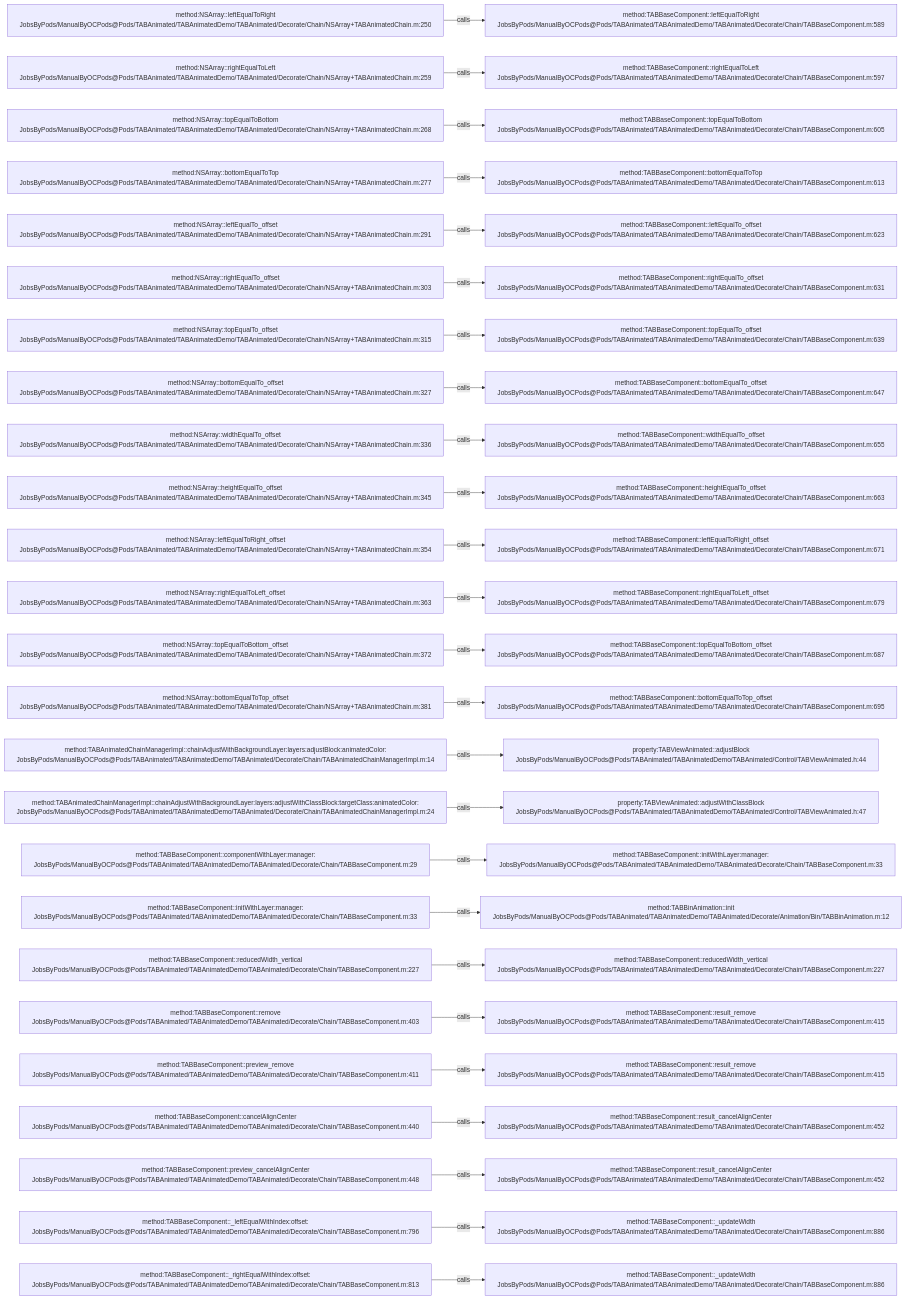
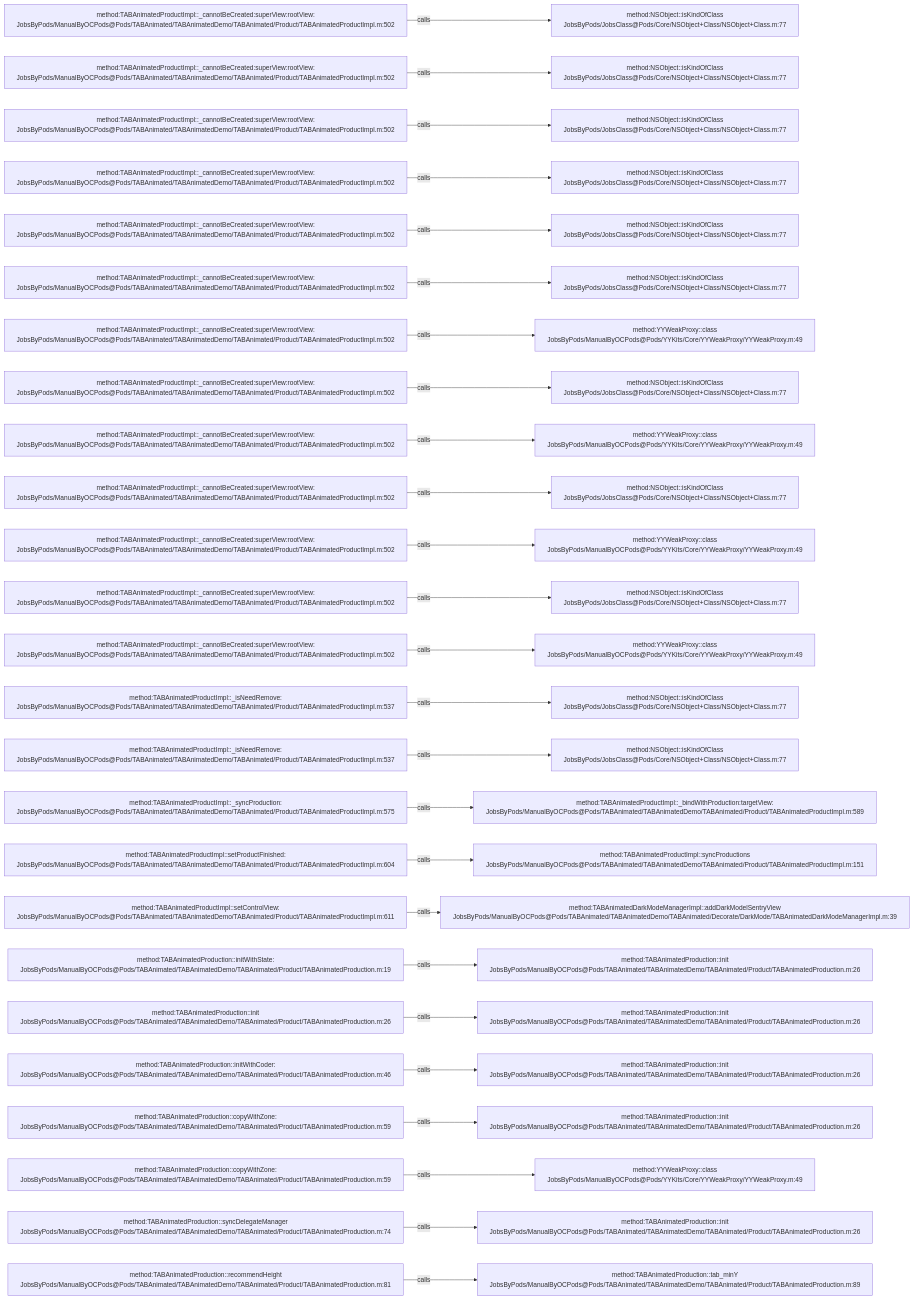
The diagram in .codegraph/codegraph.md/graphs/calls-029.md (JobsKits/JobsOCBaseConfigDemo), drawn with Mermaid before and after one commit. The commit also changed 1448 other files, not shown here.

````diff
--- a/.codegraph/codegraph.md/graphs/calls-029.md
+++ b/.codegraph/codegraph.md/graphs/calls-029.md
@@ -13,78 +13,78 @@
 ```mermaid
 flowchart LR
-  S1["method:NSArray::leftEqualToRight<br/>JobsByPods/ManualByOCPods@Pods/TABAnimated/TABAnimatedDemo/TABAnimated/Decorate/Chain/NSArray+TABAnimatedChain.m:250"]
-  T1["method:TABBaseComponent::leftEqualToRight<br/>JobsByPods/ManualByOCPods@Pods/TABAnimated/TABAnimatedDemo/TABAnimated/Decorate/Chain/TABBaseComponent.m:589"]
+  S1["method:TABAnimatedProductImpl::_cannotBeCreated:superView:rootView:<br/>JobsByPods/ManualByOCPods@Pods/TABAnimated/TABAnimatedDemo/TABAnimated/Product/TABAnimatedProductImpl.m:502"]
+  T1["method:NSObject::isKindOfClass<br/>JobsByPods/JobsClass@Pods/Core/NSObject+Class/NSObject+Class.m:77"]
   S1 -->|calls| T1
-  S2["method:NSArray::rightEqualToLeft<br/>JobsByPods/ManualByOCPods@Pods/TABAnimated/TABAnimatedDemo/TABAnimated/Decorate/Chain/NSArray+TABAnimatedChain.m:259"]
-  T2["method:TABBaseComponent::rightEqualToLeft<br/>JobsByPods/ManualByOCPods@Pods/TABAnimated/TABAnimatedDemo/TABAnimated/Decorate/Chain/TABBaseComponent.m:597"]
+  S2["method:TABAnimatedProductImpl::_cannotBeCreated:superView:rootView:<br/>JobsByPods/ManualByOCPods@Pods/TABAnimated/TABAnimatedDemo/TABAnimated/Product/TABAnimatedProductImpl.m:502"]
+  T2["method:NSObject::isKindOfClass<br/>JobsByPods/JobsClass@Pods/Core/NSObject+Class/NSObject+Class.m:77"]
   S2 -->|calls| T2
-  S3["method:NSArray::topEqualToBottom<br/>JobsByPods/ManualByOCPods@Pods/TABAnimated/TABAnimatedDemo/TABAnimated/Decorate/Chain/NSArray+TABAnimatedChain.m:268"]
-  T3["method:TABBaseComponent::topEqualToBottom<br/>JobsByPods/ManualByOCPods@Pods/TABAnimated/TABAnimatedDemo/TABAnimated/Decorate/Chain/TABBaseComponent.m:605"]
+  S3["method:TABAnimatedProductImpl::_cannotBeCreated:superView:rootView:<br/>JobsByPods/ManualByOCPods@Pods/TABAnimated/TABAnimatedDemo/TABAnimated/Product/TABAnimatedProductImpl.m:502"]
+  T3["method:NSObject::isKindOfClass<br/>JobsByPods/JobsClass@Pods/Core/NSObject+Class/NSObject+Class.m:77"]
   S3 -->|calls| T3
-  S4["method:NSArray::bottomEqualToTop<br/>JobsByPods/ManualByOCPods@Pods/TABAnimated/TABAnimatedDemo/TABAnimated/Decorate/Chain/NSArray+TABAnimatedChain.m:277"]
-  T4["method:TABBaseComponent::bottomEqualToTop<br/>JobsByPods/ManualByOCPods@Pods/TABAnimated/TABAnimatedDemo/TABAnimated/Decorate/Chain/TABBaseComponent.m:613"]
+  S4["method:TABAnimatedProductImpl::_cannotBeCreated:superView:rootView:<br/>JobsByPods/ManualByOCPods@Pods/TABAnimated/TABAnimatedDemo/TABAnimated/Product/TABAnimatedProductImpl.m:502"]
+  T4["method:NSObject::isKindOfClass<br/>JobsByPods/JobsClass@Pods/Core/NSObject+Class/NSObject+Class.m:77"]
   S4 -->|calls| T4
-  S5["method:NSArray::leftEqualTo_offset<br/>JobsByPods/ManualByOCPods@Pods/TABAnimated/TABAnimatedDemo/TABAnimated/Decorate/Chain/NSArray+TABAnimatedChain.m:291"]
-  T5["method:TABBaseComponent::leftEqualTo_offset<br/>JobsByPods/ManualByOCPods@Pods/TABAnimated/TABAnimatedDemo/TABAnimated/Decorate/Chain/TABBaseComponent.m:623"]
+  S5["method:TABAnimatedProductImpl::_cannotBeCreated:superView:rootView:<br/>JobsByPods/ManualByOCPods@Pods/TABAnimated/TABAnimatedDemo/TABAnimated/Product/TABAnimatedProductImpl.m:502"]
+  T5["method:NSObject::isKindOfClass<br/>JobsByPods/JobsClass@Pods/Core/NSObject+Class/NSObject+Class.m:77"]
   S5 -->|calls| T5
-  S6["method:NSArray::rightEqualTo_offset<br/>JobsByPods/ManualByOCPods@Pods/TABAnimated/TABAnimatedDemo/TABAnimated/Decorate/Chain/NSArray+TABAnimatedChain.m:303"]
-  T6["method:TABBaseComponent::rightEqualTo_offset<br/>JobsByPods/ManualByOCPods@Pods/TABAnimated/TABAnimatedDemo/TABAnimated/Decorate/Chain/TABBaseComponent.m:631"]
+  S6["method:TABAnimatedProductImpl::_cannotBeCreated:superView:rootView:<br/>JobsByPods/ManualByOCPods@Pods/TABAnimated/TABAnimatedDemo/TABAnimated/Product/TABAnimatedProductImpl.m:502"]
+  T6["method:NSObject::isKindOfClass<br/>JobsByPods/JobsClass@Pods/Core/NSObject+Class/NSObject+Class.m:77"]
   S6 -->|calls| T6
-  S7["method:NSArray::topEqualTo_offset<br/>JobsByPods/ManualByOCPods@Pods/TABAnimated/TABAnimatedDemo/TABAnimated/Decorate/Chain/NSArray+TABAnimatedChain.m:315"]
-  T7["method:TABBaseComponent::topEqualTo_offset<br/>JobsByPods/ManualByOCPods@Pods/TABAnimated/TABAnimatedDemo/TABAnimated/Decorate/Chain/TABBaseComponent.m:639"]
+  S7["method:TABAnimatedProductImpl::_cannotBeCreated:superView:rootView:<br/>JobsByPods/ManualByOCPods@Pods/TABAnimated/TABAnimatedDemo/TABAnimated/Product/TABAnimatedProductImpl.m:502"]
+  T7["method:YYWeakProxy::class<br/>JobsByPods/ManualByOCPods@Pods/YYKits/Core/YYWeakProxy/YYWeakProxy.m:49"]
   S7 -->|calls| T7
-  S8["method:NSArray::bottomEqualTo_offset<br/>JobsByPods/ManualByOCPods@Pods/TABAnimated/TABAnimatedDemo/TABAnimated/Decorate/Chain/NSArray+TABAnimatedChain.m:327"]
-  T8["method:TABBaseComponent::bottomEqualTo_offset<br/>JobsByPods/ManualByOCPods@Pods/TABAnimated/TABAnimatedDemo/TABAnimated/Decorate/Chain/TABBaseComponent.m:647"]
+  S8["method:TABAnimatedProductImpl::_cannotBeCreated:superView:rootView:<br/>JobsByPods/ManualByOCPods@Pods/TABAnimated/TABAnimatedDemo/TABAnimated/Product/TABAnimatedProductImpl.m:502"]
+  T8["method:NSObject::isKindOfClass<br/>JobsByPods/JobsClass@Pods/Core/NSObject+Class/NSObject+Class.m:77"]
   S8 -->|calls| T8
-  S9["method:NSArray::widthEqualTo_offset<br/>JobsByPods/ManualByOCPods@Pods/TABAnimated/TABAnimatedDemo/TABAnimated/Decorate/Chain/NSArray+TABAnimatedChain.m:336"]
-  T9["method:TABBaseComponent::widthEqualTo_offset<br/>JobsByPods/ManualByOCPods@Pods/TABAnimated/TABAnimatedDemo/TABAnimated/Decorate/Chain/TABBaseComponent.m:655"]
+  S9["method:TABAnimatedProductImpl::_cannotBeCreated:superView:rootView:<br/>JobsByPods/ManualByOCPods@Pods/TABAnimated/TABAnimatedDemo/TABAnimated/Product/TABAnimatedProductImpl.m:502"]
+  T9["method:YYWeakProxy::class<br/>JobsByPods/ManualByOCPods@Pods/YYKits/Core/YYWeakProxy/YYWeakProxy.m:49"]
   S9 -->|calls| T9
-  S10["method:NSArray::heightEqualTo_offset<br/>JobsByPods/ManualByOCPods@Pods/TABAnimated/TABAnimatedDemo/TABAnimated/Decorate/Chain/NSArray+TABAnimatedChain.m:345"]
-  T10["method:TABBaseComponent::heightEqualTo_offset<br/>JobsByPods/ManualByOCPods@Pods/TABAnimated/TABAnimatedDemo/TABAnimated/Decorate/Chain/TABBaseComponent.m:663"]
+  S10["method:TABAnimatedProductImpl::_cannotBeCreated:superView:rootView:<br/>JobsByPods/ManualByOCPods@Pods/TABAnimated/TABAnimatedDemo/TABAnimated/Product/TABAnimatedProductImpl.m:502"]
+  T10["method:NSObject::isKindOfClass<br/>JobsByPods/JobsClass@Pods/Core/NSObject+Class/NSObject+Class.m:77"]
   S10 -->|calls| T10
-  S11["method:NSArray::leftEqualToRight_offset<br/>JobsByPods/ManualByOCPods@Pods/TABAnimated/TABAnimatedDemo/TABAnimated/Decorate/Chain/NSArray+TABAnimatedChain.m:354"]
-  T11["method:TABBaseComponent::leftEqualToRight_offset<br/>JobsByPods/ManualByOCPods@Pods/TABAnimated/TABAnimatedDemo/TABAnimated/Decorate/Chain/TABBaseComponent.m:671"]
+  S11["method:TABAnimatedProductImpl::_cannotBeCreated:superView:rootView:<br/>JobsByPods/ManualByOCPods@Pods/TABAnimated/TABAnimatedDemo/TABAnimated/Product/TABAnimatedProductImpl.m:502"]
+  T11["method:YYWeakProxy::class<br/>JobsByPods/ManualByOCPods@Pods/YYKits/Core/YYWeakProxy/YYWeakProxy.m:49"]
   S11 -->|calls| T11
-  S12["method:NSArray::rightEqualToLeft_offset<br/>JobsByPods/ManualByOCPods@Pods/TABAnimated/TABAnimatedDemo/TABAnimated/Decorate/Chain/NSArray+TABAnimatedChain.m:363"]
-  T12["method:TABBaseComponent::rightEqualToLeft_offset<br/>JobsByPods/ManualByOCPods@Pods/TABAnimated/TABAnimatedDemo/TABAnimated/Decorate/Chain/TABBaseComponent.m:679"]
+  S12["method:TABAnimatedProductImpl::_cannotBeCreated:superView:rootView:<br/>JobsByPods/ManualByOCPods@Pods/TABAnimated/TABAnimatedDemo/TABAnimated/Product/TABAnimatedProductImpl.m:502"]
+  T12["method:NSObject::isKindOfClass<br/>JobsByPods/JobsClass@Pods/Core/NSObject+Class/NSObject+Class.m:77"]
   S12 -->|calls| T12
-  S13["method:NSArray::topEqualToBottom_offset<br/>JobsByPods/ManualByOCPods@Pods/TABAnimated/TABAnimatedDemo/TABAnimated/Decorate/Chain/NSArray+TABAnimatedChain.m:372"]
-  T13["method:TABBaseComponent::topEqualToBottom_offset<br/>JobsByPods/ManualByOCPods@Pods/TABAnimated/TABAnimatedDemo/TABAnimated/Decorate/Chain/TABBaseComponent.m:687"]
+  S13["method:TABAnimatedProductImpl::_cannotBeCreated:superView:rootView:<br/>JobsByPods/ManualByOCPods@Pods/TABAnimated/TABAnimatedDemo/TABAnimated/Product/TABAnimatedProductImpl.m:502"]
+  T13["method:YYWeakProxy::class<br/>JobsByPods/ManualByOCPods@Pods/YYKits/Core/YYWeakProxy/YYWeakProxy.m:49"]
   S13 -->|calls| T13
-  S14["method:NSArray::bottomEqualToTop_offset<br/>JobsByPods/ManualByOCPods@Pods/TABAnimated/TABAnimatedDemo/TABAnimated/Decorate/Chain/NSArray+TABAnimatedChain.m:381"]
-  T14["method:TABBaseComponent::bottomEqualToTop_offset<br/>JobsByPods/ManualByOCPods@Pods/TABAnimated/TABAnimatedDemo/TABAnimated/Decorate/Chain/TABBaseComponent.m:695"]
+  S14["method:TABAnimatedProductImpl::_isNeedRemove:<br/>JobsByPods/ManualByOCPods@Pods/TABAnimated/TABAnimatedDemo/TABAnimated/Product/TABAnimatedProductImpl.m:537"]
+  T14["method:NSObject::isKindOfClass<br/>JobsByPods/JobsClass@Pods/Core/NSObject+Class/NSObject+Class.m:77"]
   S14 -->|calls| T14
-  S15["method:TABAnimatedChainManagerImpl::chainAdjustWithBackgroundLayer:layers:adjustBlock:animatedColor:<br/>JobsByPods/ManualByOCPods@Pods/TABAnimated/TABAnimatedDemo/TABAnimated/Decorate/Chain/TABAnimatedChainManagerImpl.m:14"]
-  T15["property:TABViewAnimated::adjustBlock<br/>JobsByPods/ManualByOCPods@Pods/TABAnimated/TABAnimatedDemo/TABAnimated/Control/TABViewAnimated.h:44"]
+  S15["method:TABAnimatedProductImpl::_isNeedRemove:<br/>JobsByPods/ManualByOCPods@Pods/TABAnimated/TABAnimatedDemo/TABAnimated/Product/TABAnimatedProductImpl.m:537"]
+  T15["method:NSObject::isKindOfClass<br/>JobsByPods/JobsClass@Pods/Core/NSObject+Class/NSObject+Class.m:77"]
   S15 -->|calls| T15
-  S16["method:TABAnimatedChainManagerImpl::chainAdjustWithBackgroundLayer:layers:adjustWithClassBlock:targetClass:animatedColor:<br/>JobsByPods/ManualByOCPods@Pods/TABAnimated/TABAnimatedDemo/TABAnimated/Decorate/Chain/TABAnimatedChainManagerImpl.m:24"]
-  T16["property:TABViewAnimated::adjustWithClassBlock<br/>JobsByPods/ManualByOCPods@Pods/TABAnimated/TABAnimatedDemo/TABAnimated/Control/TABViewAnimated.h:47"]
+  S16["method:TABAnimatedProductImpl::_syncProduction:<br/>JobsByPods/ManualByOCPods@Pods/TABAnimated/TABAnimatedDemo/TABAnimated/Product/TABAnimatedProductImpl.m:575"]
+  T16["method:TABAnimatedProductImpl::_bindWithProduction:targetView:<br/>JobsByPods/ManualByOCPods@Pods/TABAnimated/TABAnimatedDemo/TABAnimated/Product/TABAnimatedProductImpl.m:589"]
   S16 -->|calls| T16
-  S17["method:TABBaseComponent::componentWithLayer:manager:<br/>JobsByPods/ManualByOCPods@Pods/TABAnimated/TABAnimatedDemo/TABAnimated/Decorate/Chain/TABBaseComponent.m:29"]
-  T17["method:TABBaseComponent::initWithLayer:manager:<br/>JobsByPods/ManualByOCPods@Pods/TABAnimated/TABAnimatedDemo/TABAnimated/Decorate/Chain/TABBaseComponent.m:33"]
+  S17["method:TABAnimatedProductImpl::setProductFinished:<br/>JobsByPods/ManualByOCPods@Pods/TABAnimated/TABAnimatedDemo/TABAnimated/Product/TABAnimatedProductImpl.m:604"]
+  T17["method:TABAnimatedProductImpl::syncProductions<br/>JobsByPods/ManualByOCPods@Pods/TABAnimated/TABAnimatedDemo/TABAnimated/Product/TABAnimatedProductImpl.m:151"]
   S17 -->|calls| T17
-  S18["method:TABBaseComponent::initWithLayer:manager:<br/>JobsByPods/ManualByOCPods@Pods/TABAnimated/TABAnimatedDemo/TABAnimated/Decorate/Chain/TABBaseComponent.m:33"]
-  T18["method:TABBinAnimation::init<br/>JobsByPods/ManualByOCPods@Pods/TABAnimated/TABAnimatedDemo/TABAnimated/Decorate/Animation/Bin/TABBinAnimation.m:12"]
+  S18["method:TABAnimatedProductImpl::setControlView:<br/>JobsByPods/ManualByOCPods@Pods/TABAnimated/TABAnimatedDemo/TABAnimated/Product/TABAnimatedProductImpl.m:611"]
+  T18["method:TABAnimatedDarkModeManagerImpl::addDarkModelSentryView<br/>JobsByPods/ManualByOCPods@Pods/TABAnimated/TABAnimatedDemo/TABAnimated/Decorate/DarkMode/TABAnimatedDarkModeManagerImpl.m:39"]
   S18 -->|calls| T18
-  S19["method:TABBaseComponent::reducedWidth_vertical<br/>JobsByPods/ManualByOCPods@Pods/TABAnimated/TABAnimatedDemo/TABAnimated/Decorate/Chain/TABBaseComponent.m:227"]
-  T19["method:TABBaseComponent::reducedWidth_vertical<br/>JobsByPods/ManualByOCPods@Pods/TABAnimated/TABAnimatedDemo/TABAnimated/Decorate/Chain/TABBaseComponent.m:227"]
+  S19["method:TABAnimatedProduction::initWithState:<br/>JobsByPods/ManualByOCPods@Pods/TABAnimated/TABAnimatedDemo/TABAnimated/Product/TABAnimatedProduction.m:19"]
+  T19["method:TABAnimatedProduction::init<br/>JobsByPods/ManualByOCPods@Pods/TABAnimated/TABAnimatedDemo/TABAnimated/Product/TABAnimatedProduction.m:26"]
   S19 -->|calls| T19
-  S20["method:TABBaseComponent::remove<br/>JobsByPods/ManualByOCPods@Pods/TABAnimated/TABAnimatedDemo/TABAnimated/Decorate/Chain/TABBaseComponent.m:403"]
-  T20["method:TABBaseComponent::result_remove<br/>JobsByPods/ManualByOCPods@Pods/TABAnimated/TABAnimatedDemo/TABAnimated/Decorate/Chain/TABBaseComponent.m:415"]
+  S20["method:TABAnimatedProduction::init<br/>JobsByPods/ManualByOCPods@Pods/TABAnimated/TABAnimatedDemo/TABAnimated/Product/TABAnimatedProduction.m:26"]
+  T20["method:TABAnimatedProduction::init<br/>JobsByPods/ManualByOCPods@Pods/TABAnimated/TABAnimatedDemo/TABAnimated/Product/TABAnimatedProduction.m:26"]
   S20 -->|calls| T20
-  S21["method:TABBaseComponent::preview_remove<br/>JobsByPods/ManualByOCPods@Pods/TABAnimated/TABAnimatedDemo/TABAnimated/Decorate/Chain/TABBaseComponent.m:411"]
-  T21["method:TABBaseComponent::result_remove<br/>JobsByPods/ManualByOCPods@Pods/TABAnimated/TABAnimatedDemo/TABAnimated/Decorate/Chain/TABBaseComponent.m:415"]
+  S21["method:TABAnimatedProduction::initWithCoder:<br/>JobsByPods/ManualByOCPods@Pods/TABAnimated/TABAnimatedDemo/TABAnimated/Product/TABAnimatedProduction.m:46"]
+  T21["method:TABAnimatedProduction::init<br/>JobsByPods/ManualByOCPods@Pods/TABAnimated/TABAnimatedDemo/TABAnimated/Product/TABAnimatedProduction.m:26"]
   S21 -->|calls| T21
-  S22["method:TABBaseComponent::cancelAlignCenter<br/>JobsByPods/ManualByOCPods@Pods/TABAnimated/TABAnimatedDemo/TABAnimated/Decorate/Chain/TABBaseComponent.m:440"]
-  T22["method:TABBaseComponent::result_cancelAlignCenter<br/>JobsByPods/ManualByOCPods@Pods/TABAnimated/TABAnimatedDemo/TABAnimated/Decorate/Chain/TABBaseComponent.m:452"]
+  S22["method:TABAnimatedProduction::copyWithZone:<br/>JobsByPods/ManualByOCPods@Pods/TABAnimated/TABAnimatedDemo/TABAnimated/Product/TABAnimatedProduction.m:59"]
+  T22["method:TABAnimatedProduction::init<br/>JobsByPods/ManualByOCPods@Pods/TABAnimated/TABAnimatedDemo/TABAnimated/Product/TABAnimatedProduction.m:26"]
   S22 -->|calls| T22
-  S23["method:TABBaseComponent::preview_cancelAlignCenter<br/>JobsByPods/ManualByOCPods@Pods/TABAnimated/TABAnimatedDemo/TABAnimated/Decorate/Chain/TABBaseComponent.m:448"]
-  T23["method:TABBaseComponent::result_cancelAlignCenter<br/>JobsByPods/ManualByOCPods@Pods/TABAnimated/TABAnimatedDemo/TABAnimated/Decorate/Chain/TABBaseComponent.m:452"]
+  S23["method:TABAnimatedProduction::copyWithZone:<br/>JobsByPods/ManualByOCPods@Pods/TABAnimated/TABAnimatedDemo/TABAnimated/Product/TABAnimatedProduction.m:59"]
+  T23["method:YYWeakProxy::class<br/>JobsByPods/ManualByOCPods@Pods/YYKits/Core/YYWeakProxy/YYWeakProxy.m:49"]
   S23 -->|calls| T23
-  S24["method:TABBaseComponent::_leftEqualWithIndex:offset:<br/>JobsByPods/ManualByOCPods@Pods/TABAnimated/TABAnimatedDemo/TABAnimated/Decorate/Chain/TABBaseComponent.m:796"]
-  T24["method:TABBaseComponent::_updateWidth<br/>JobsByPods/ManualByOCPods@Pods/TABAnimated/TABAnimatedDemo/TABAnimated/Decorate/Chain/TABBaseComponent.m:886"]
+  S24["method:TABAnimatedProduction::syncDelegateManager<br/>JobsByPods/ManualByOCPods@Pods/TABAnimated/TABAnimatedDemo/TABAnimated/Product/TABAnimatedProduction.m:74"]
+  T24["method:TABAnimatedProduction::init<br/>JobsByPods/ManualByOCPods@Pods/TABAnimated/TABAnimatedDemo/TABAnimated/Product/TABAnimatedProduction.m:26"]
   S24 -->|calls| T24
-  S25["method:TABBaseComponent::_rightEqualWithIndex:offset:<br/>JobsByPods/ManualByOCPods@Pods/TABAnimated/TABAnimatedDemo/TABAnimated/Decorate/Chain/TABBaseComponent.m:813"]
-  T25["method:TABBaseComponent::_updateWidth<br/>JobsByPods/ManualByOCPods@Pods/TABAnimated/TABAnimatedDemo/TABAnimated/Decorate/Chain/TABBaseComponent.m:886"]
+  S25["method:TABAnimatedProduction::recommendHeight<br/>JobsByPods/ManualByOCPods@Pods/TABAnimated/TABAnimatedDemo/TABAnimated/Product/TABAnimatedProduction.m:81"]
+  T25["method:TABAnimatedProduction::tab_minY<br/>JobsByPods/ManualByOCPods@Pods/TABAnimated/TABAnimatedDemo/TABAnimated/Product/TABAnimatedProduction.m:89"]
   S25 -->|calls| T25
 ```
````
